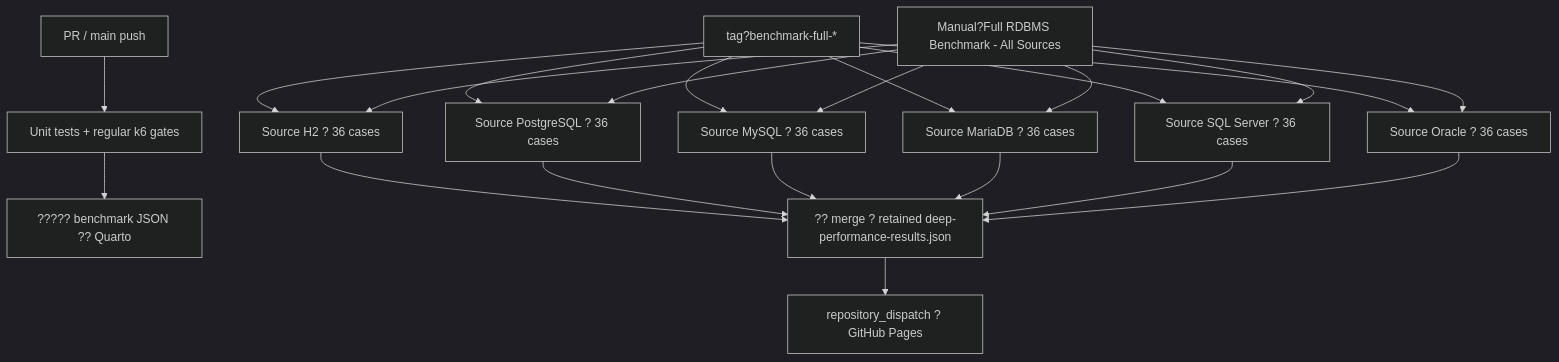
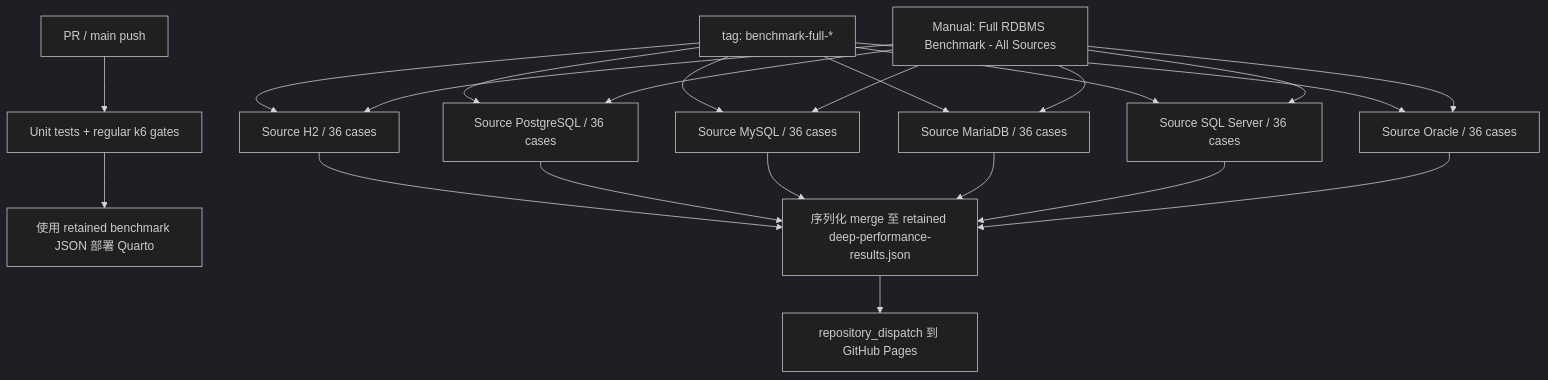
One commit to tibame201020/IrisPipe changed the third of 3 diagrams in quarto/zh-TW/performance.qmd. Above: the diagram before and after it, drawn with Mermaid (dark theme). The commit also changed other lines of this file and 8 other files, not shown here.

Commit message:
docs: clarify full benchmark methodology and charts

````diff
--- a/quarto/zh-TW/performance.qmd
+++ b/quarto/zh-TW/performance.qmd
@@ -113,27 +153,27 @@
 ```{mermaid}
 flowchart TD
   PR["PR / main push"] --> G["Unit tests + regular k6 gates"]
-  G --> P["????? benchmark JSON ?? Quarto"]
+  G --> P["使用 retained benchmark JSON 部署 Quarto"]
 
-  T["tag?benchmark-full-*"] --> H2["Source H2 ? 36 cases"]
-  T --> PG["Source PostgreSQL ? 36 cases"]
-  T --> MY["Source MySQL ? 36 cases"]
-  T --> MA["Source MariaDB ? 36 cases"]
-  T --> MS["Source SQL Server ? 36 cases"]
-  T --> OR["Source Oracle ? 36 cases"]
+  T["tag: benchmark-full-*"] --> H2["Source H2 / 36 cases"]
+  T --> PG["Source PostgreSQL / 36 cases"]
+  T --> MY["Source MySQL / 36 cases"]
+  T --> MA["Source MariaDB / 36 cases"]
+  T --> MS["Source SQL Server / 36 cases"]
+  T --> OR["Source Oracle / 36 cases"]
 
-  M["Manual?Full RDBMS Benchmark - All Sources"] --> H2
+  M["Manual: Full RDBMS Benchmark - All Sources"] --> H2
   M --> PG
   M --> MY
   M --> MA
   M --> MS
   M --> OR
 
-  H2 --> R["?? merge ? retained deep-performance-results.json"]
+  H2 --> R["序列化 merge 至 retained deep-performance-results.json"]
   PG --> R
   MY --> R
   MA --> R
   MS --> R
   OR --> R
-  R --> D["repository_dispatch ? GitHub Pages"]
+  R --> D["repository_dispatch 到 GitHub Pages"]
 ```
````
